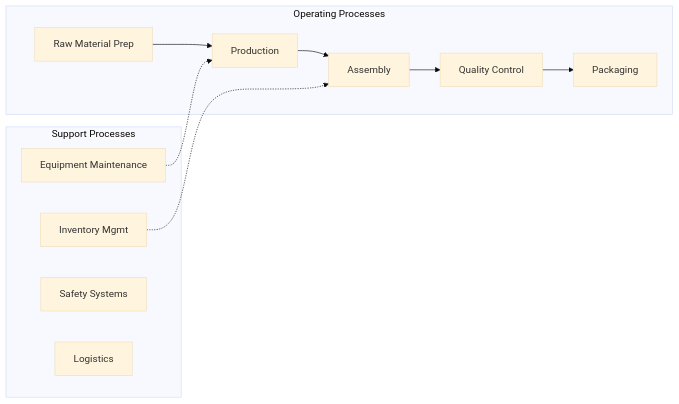
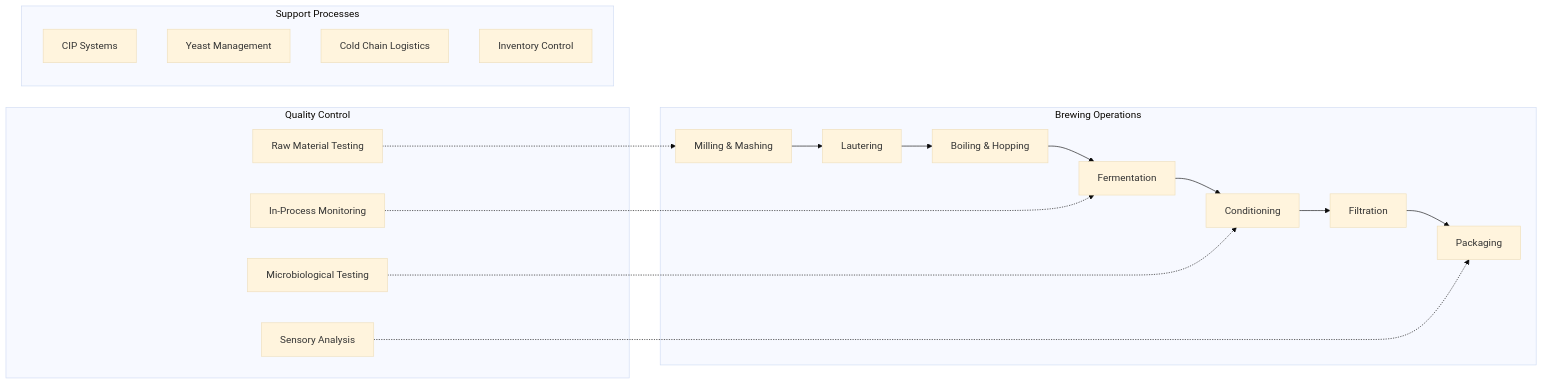
One commit to kziemski/business.org.ai changed the second of 3 diagrams in industries/Manufacturing/Beverage/BeverageManufacturing/Breweries.mdx. Above: the diagram before and after it, drawn with Mermaid (base theme). The commit also changed other lines of this file and 19 other files, not shown here.

First line of the commit message:
feat: enrich industry files and add sequence diagrams to processes

````diff
--- a/industries/Manufacturing/Beverage/BeverageManufacturing/Breweries.mdx
+++ b/industries/Manufacturing/Beverage/BeverageManufacturing/Breweries.mdx
@@ -46,24 +62,32 @@
 ```mermaid
 flowchart LR
-    subgraph Operating["Operating Processes"]
-        O1["Raw Material Prep"]
-        O2["Production"]
-        O3["Assembly"]
-        O4["Quality Control"]
-        O5["Packaging"]
+    subgraph Operating["Brewing Operations"]
+        O1["Milling & Mashing"]
+        O2["Lautering"]
+        O3["Boiling & Hopping"]
+        O4["Fermentation"]
+        O5["Conditioning"]
+        O6["Filtration"]
+        O7["Packaging"]
+    end
+
+    subgraph QualityControl["Quality Control"]
+        Q1["Raw Material Testing"]
+        Q2["In-Process Monitoring"]
+        Q3["Microbiological Testing"]
+        Q4["Sensory Analysis"]
     end
 
     subgraph Support["Support Processes"]
-        S1["Equipment Maintenance"]
-        S2["Inventory Mgmt"]
-        S3["Safety Systems"]
-        S4["Logistics"]
+        S1["CIP Systems"]
+        S2["Yeast Management"]
+        S3["Cold Chain Logistics"]
+        S4["Inventory Control"]
     end
 
-    O1 --> O2
-    O2 --> O3
-    O3 --> O4
-    O4 --> O5
-    S1 -.-> O2
-    S2 -.-> O3
+    O1 --> O2 --> O3 --> O4 --> O5 --> O6 --> O7
+    Q1 -.-> O1
+    Q2 -.-> O4
+    Q3 -.-> O5
+    Q4 -.-> O7
 ```
````
